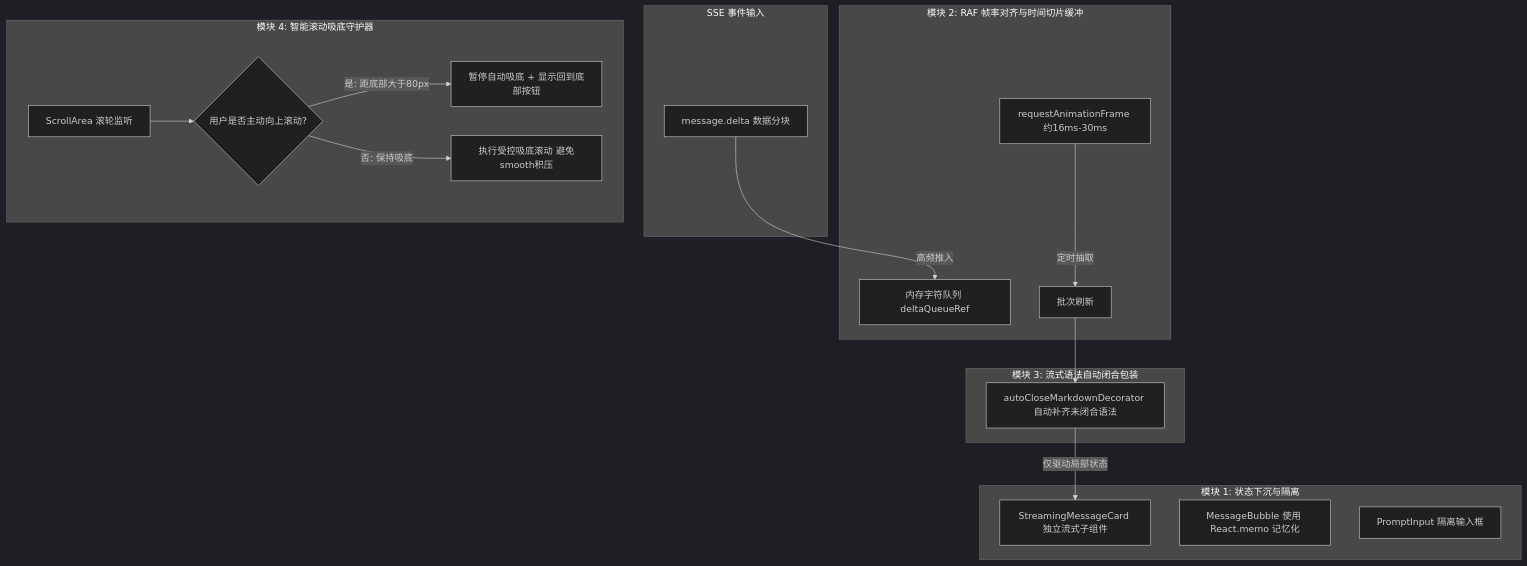
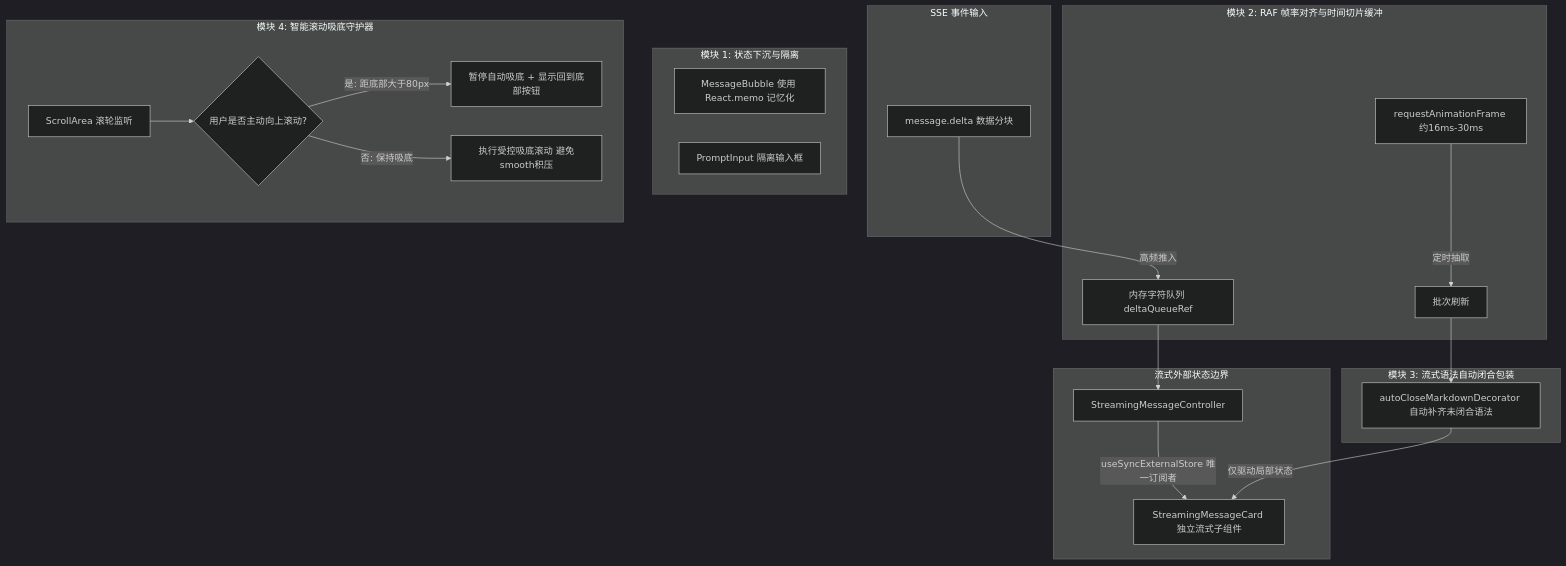
One commit to LiuSandy/content-answer-workspace changed the diagram in docs/chat-stream-rendering-optimization-plan.md. Above: the diagram before and after it, drawn with Mermaid (dark theme). The commit also changed other lines of this file and 20 other files, not shown here.

````diff
--- a/docs/chat-stream-rendering-optimization-plan.md
+++ b/docs/chat-stream-rendering-optimization-plan.md
@@ -39,27 +39,32 @@
 ```mermaid
 flowchart TD
     subgraph SSE["SSE 事件输入"]
         D["message.delta 数据分块"]
     end
 
     subgraph BufferLayer["模块 2: RAF 帧率对齐与时间切片缓冲"]
         D -->|高频推入| Q["内存字符队列 deltaQueueRef"]
         RAF["requestAnimationFrame 约16ms-30ms"] -->|定时抽取| Flush["批次刷新"]
+    end
+
+    subgraph StoreLayer["流式外部状态边界"]
+        Q --> Controller["StreamingMessageController"]
+        Controller -->|useSyncExternalStore 唯一订阅者| SMC
     end
 
     subgraph DecoratorLayer["模块 3: 流式语法自动闭合包装"]
         Flush --> AutoClose["autoCloseMarkdownDecorator 自动补齐未闭合语法"]
     end
 
     subgraph ComponentLayer["模块 1: 状态下沉与隔离"]
         AutoClose -->|仅驱动局部状态| SMC["StreamingMessageCard 独立流式子组件"]
         MB["MessageBubble 使用 React.memo 记忆化"]
         PI["PromptInput 隔离输入框"]
     end
 
     subgraph ScrollLayer["模块 4: 智能滚动吸底守护器"]
         Scroll["ScrollArea 滚轮监听"] --> Detect{"用户是否主动向上滚动?"}
         Detect -- "是: 距底部大于80px" --> Pause["暂停自动吸底 + 显示回到底部按钮"]
         Detect -- "否: 保持吸底" --> AutoScroll["执行受控吸底滚动 避免smooth积压"]
     end
 ```
````
